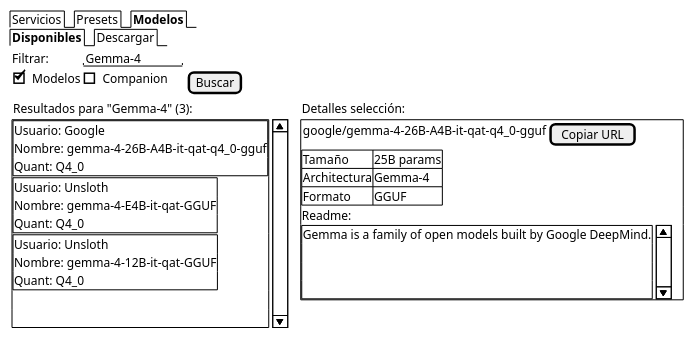
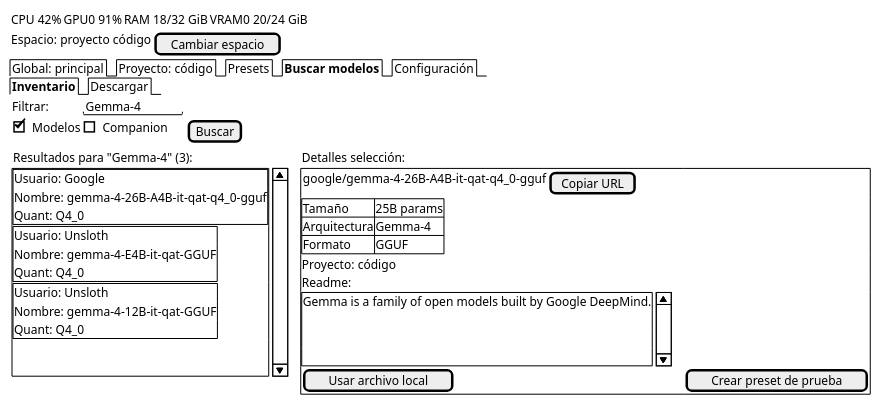
Before and after one commit to mstranich/coquena: the diagram in docs/tui-modelos.listado.salt.puml, drawn with PlantUML. The commit also changed 15 other files, not shown here.

```diff
--- a/docs/tui-modelos.listado.salt.puml
+++ b/docs/tui-modelos.listado.salt.puml
@@ -1,48 +1,52 @@
 @startsalt
 {
-  {/ Servicios | Presets | <b>Modelos  }
-  {/ <b>Disponibles | Descargar  }
+  { CPU 42% | GPU0 91% | RAM 18/32 GiB | VRAM0 20/24 GiB }
+  { Espacio: proyecto código | [Cambiar espacio] }
+  {/ Global: principal | Proyecto: código | Presets | <b>Buscar modelos | Configuración  }
+  {/ <b>Inventario | Descargar  }
   {
     {
       Filtrar:    | " Gemma-4    "
       [X] Modelos | [ ] Companion | [Buscar]
     }
     {
       {Resultados para "Gemma-4" (3): } | {Detalles selección:}
       {SI
         {+
           Usuario: Google
           Nombre: gemma-4-26B-A4B-it-qat-q4_0-gguf
           Quant: Q4_0
         }
         {+
           Usuario: Unsloth
           Nombre: gemma-4-E4B-it-qat-GGUF
           Quant: Q4_0
         }
         {+
           Usuario: Unsloth
           Nombre: gemma-4-12B-it-qat-GGUF
           Quant: Q4_0
         }
         .
         .
       } | {+
         { google/gemma-4-26B-A4B-it-qat-q4_0-gguf | [Copiar URL] }
         {#
           Tamaño       | 25B params
-          Architectura | Gemma-4
+          Arquitectura | Gemma-4
           Formato      | GGUF
         }
+        Proyecto: código
         Readme:
         {SI
           Gemma is a family of open models built by Google DeepMind.
           .
           .
           .
         }
+        [Usar archivo local] | [Crear preset de prueba]
       }
     }
   }
 }
 @endsalt
```
